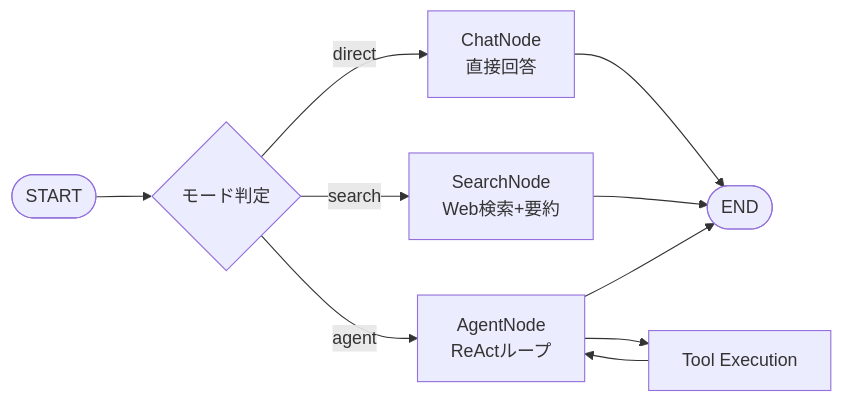
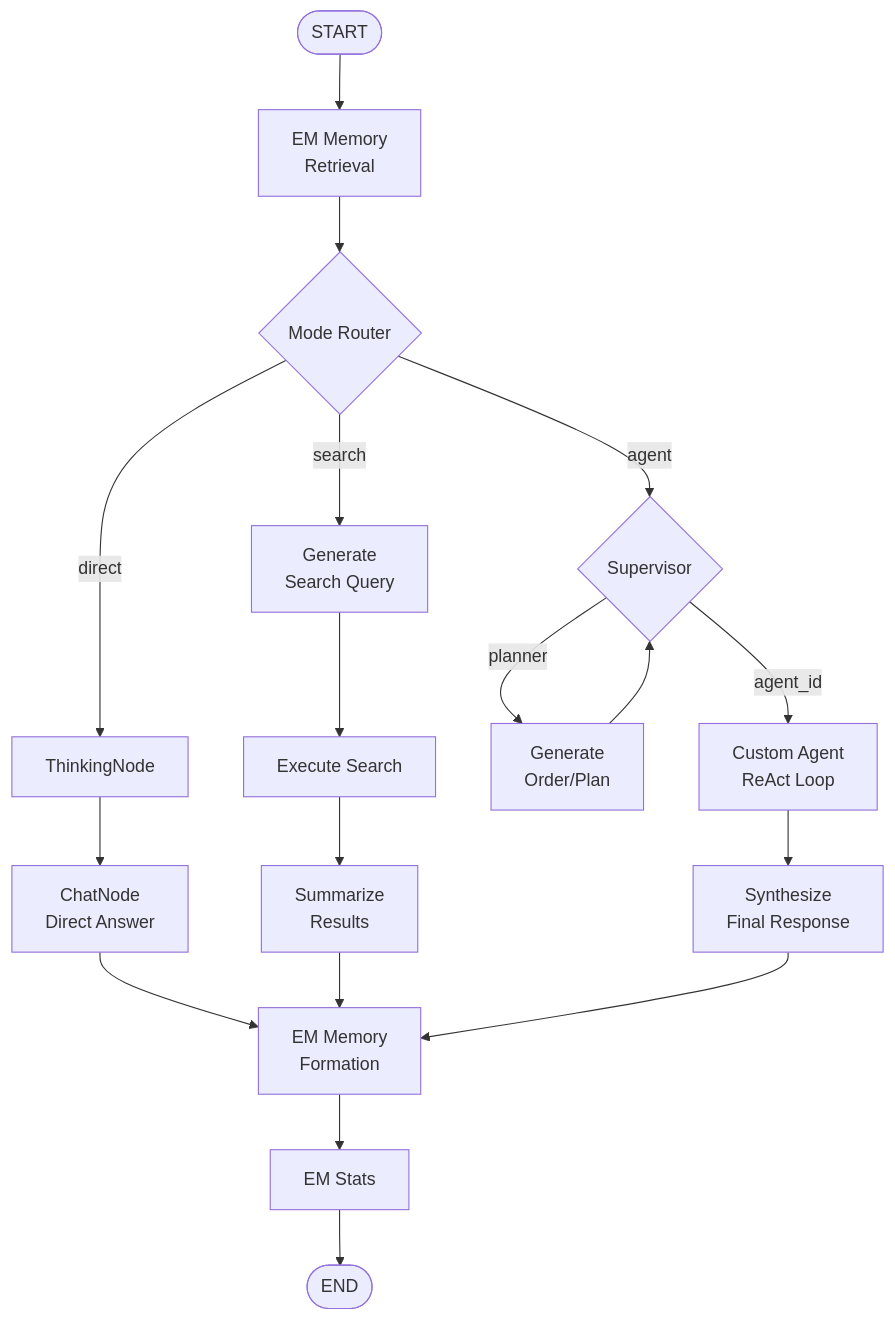
Before and after one commit to coco4atJP/Tepora-alpha: the third of 9 diagrams in docs/architecture/ARCHITECTURE.md, drawn with Mermaid. The commit also changed other lines of this file and 24 other files, not shown here.

First line of the commit message:
feat(agent): add agent mode routing and supervisor/custom agent nodes

````diff
--- a/docs/architecture/ARCHITECTURE.md
+++ b/docs/architecture/ARCHITECTURE.md
@@ -550,14 +552,27 @@
 ```mermaid
-graph LR
-    START([START]) --> ROUTER{モード判定}
+graph TD
+    START([START]) --> EM[EM Memory<br/>Retrieval]
+    EM --> ROUTER{Mode Router}
     
-    ROUTER -->|direct| CHAT[ChatNode<br/>直接回答]
-    ROUTER -->|search| SEARCH[SearchNode<br/>Web検索+要約]
-    ROUTER -->|agent| AGENT[AgentNode<br/>ReActループ]
+    ROUTER -->|direct| THINK[ThinkingNode]
+    THINK --> CHAT[ChatNode<br/>Direct Answer]
     
-    CHAT --> END([END])
-    SEARCH --> END
-    AGENT --> TOOL[Tool Execution]
-    TOOL --> AGENT
-    AGENT --> END
+    ROUTER -->|search| SEARCH_Q[Generate<br/>Search Query]
+    SEARCH_Q --> SEARCH_EX[Execute Search]
+    SEARCH_EX --> SEARCH_SUM[Summarize<br/>Results]
+    
+    ROUTER -->|agent| SUPERVISOR{Supervisor}
+    
+    SUPERVISOR -->|planner| PLANNER[Generate<br/>Order/Plan]
+    PLANNER --> SUPERVISOR
+    
+    SUPERVISOR -->|agent_id| CUSTOM_AGENT[Custom Agent<br/>ReAct Loop]
+    CUSTOM_AGENT --> SYNTH[Synthesize<br/>Final Response]
+    
+    CHAT --> EM_FORM[EM Memory<br/>Formation]
+    SEARCH_SUM --> EM_FORM
+    SYNTH --> EM_FORM
+    
+    EM_FORM --> STATS[EM Stats]
+    STATS --> END([END])
 ```
````
